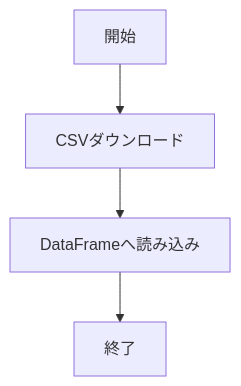
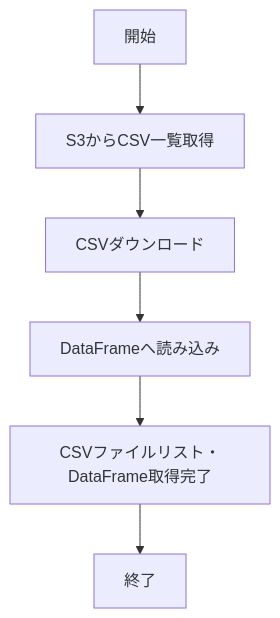
The second of 6 diagrams in BD_DD.md (tk826/OpenHands-Test), drawn with Mermaid before and after one commit. The commit also changed other lines of this file, not shown here.

````diff
--- a/BD_DD.md
+++ b/BD_DD.md
@@ -39,6 +27,8 @@
 ```mermaid
 graph TD;
-    A[開始] --> B[CSVダウンロード]
-    B --> C[DataFrameへ読み込み]
-    C --> D[終了]
+    A[開始] --> B[S3からCSV一覧取得]
+    B --> C[CSVダウンロード]
+    C --> D[DataFrameへ読み込み]
+    D --> E[CSVファイルリスト・DataFrame取得完了]
+    E --> F[終了]
 ```
````
